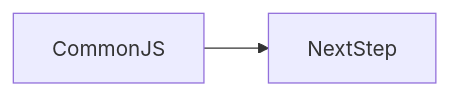
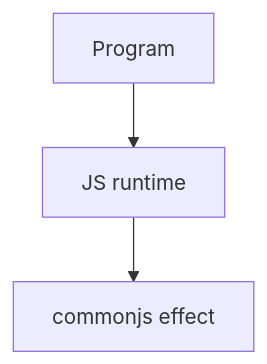
Before and after one commit to OmidJavaherii/Frontend-Engineering-Handbook: the second of 2 diagrams in docs/en/06-javascript/commonjs/index.md, drawn with Mermaid. The commit also changed other lines of this file and 461 other files, not shown here.

````diff
--- a/docs/en/06-javascript/commonjs/index.md
+++ b/docs/en/06-javascript/commonjs/index.md
@@ -96,4 +109,5 @@
 ```mermaid
-flowchart LR
-  concept[CommonJS] --> nextStep[NextStep]
+flowchart TD
+  Code[Program] --> Runtime[JS runtime]
+  Runtime --> Effect[commonjs effect]
 ```
````
